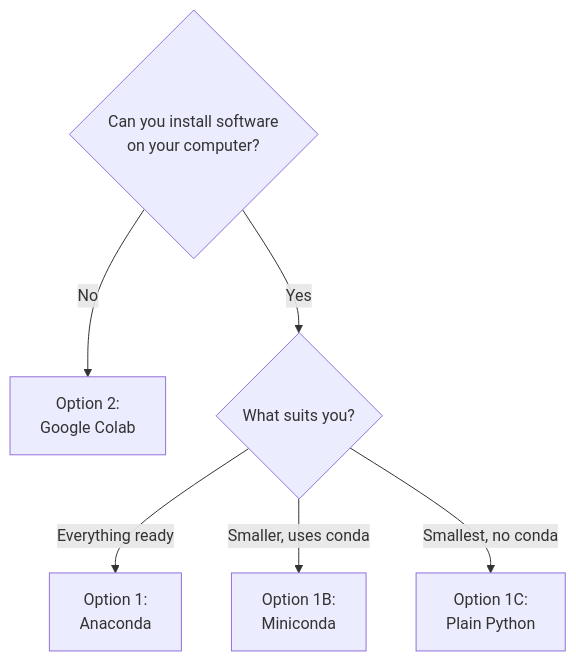
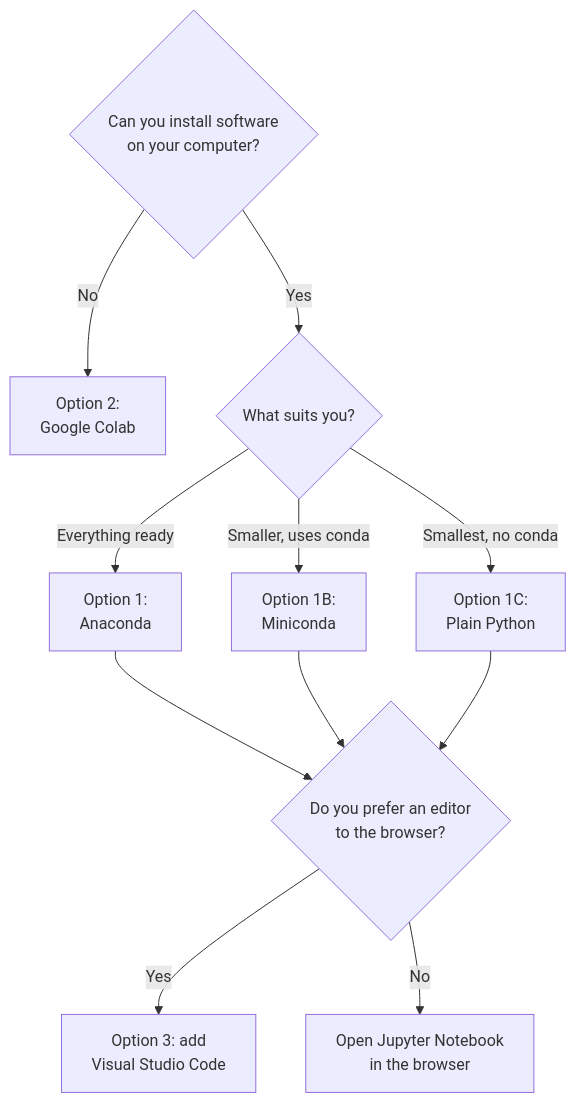
One commit to nirajan10/DS-note changed the diagram in docs/setup.md. Above: the diagram before and after it, drawn with Mermaid. The commit also changed other lines of this file and 3 other files, not shown here.

````diff
--- a/docs/setup.md
+++ b/docs/setup.md
@@ -17,8 +17,13 @@
 ```mermaid
 flowchart TD
     A{"Can you install software<br/>on your computer?"} -- No --> C["Option 2:<br/>Google Colab"]
     A -- Yes --> B{"What suits you?"}
     B -- "Everything ready" --> E["Option 1:<br/>Anaconda"]
     B -- "Smaller, uses conda" --> D["Option 1B:<br/>Miniconda"]
     B -- "Smallest, no conda" --> F["Option 1C:<br/>Plain Python"]
+    E --> G{"Do you prefer an editor<br/>to the browser?"}
+    D --> G
+    F --> G
+    G -- Yes --> H["Option 3: add<br/>Visual Studio Code"]
+    G -- No --> I["Open Jupyter Notebook<br/>in the browser"]
 ```
````
